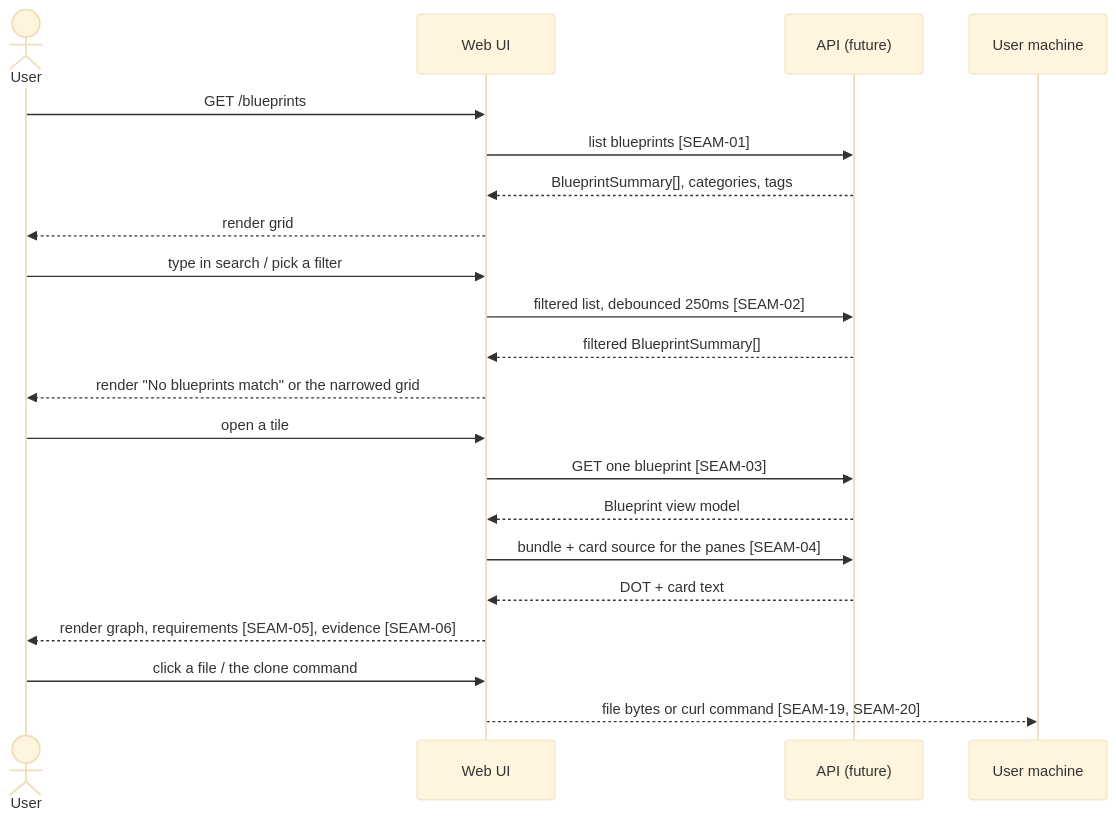
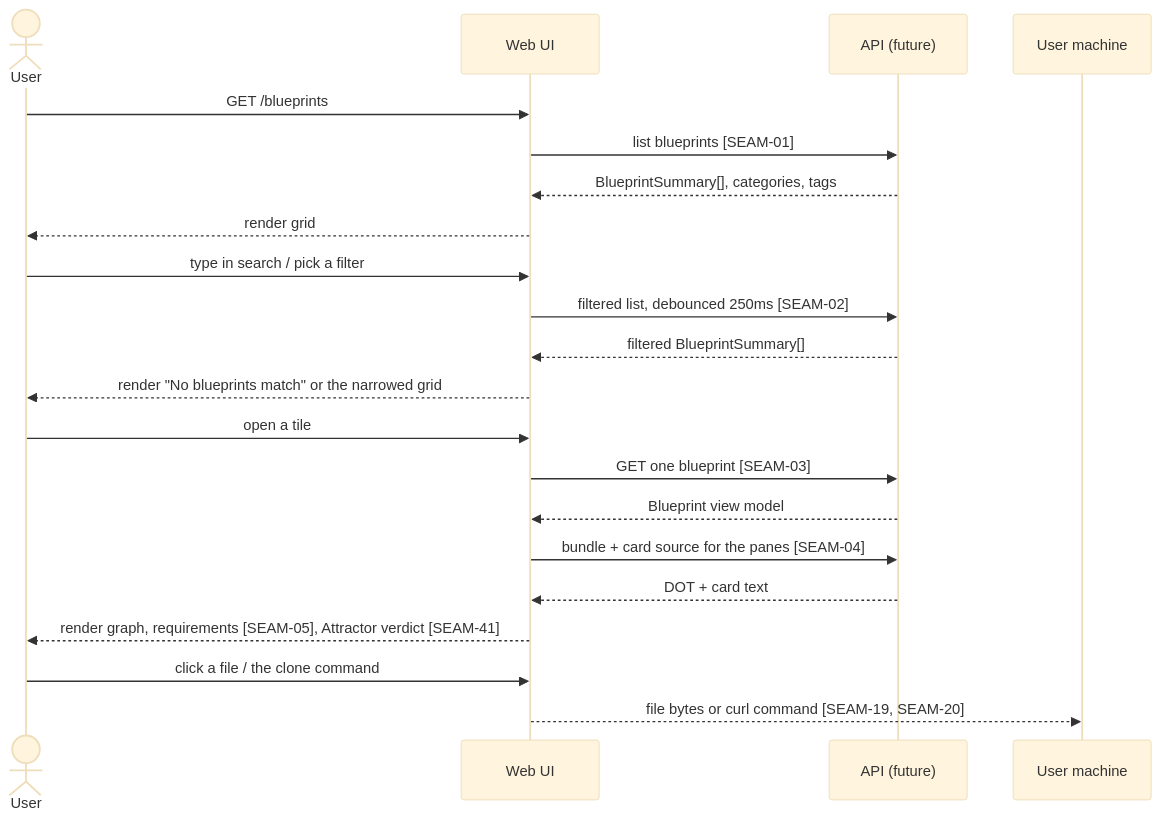
Before and after one commit to darkprint/darkprint: the sixth of 14 diagrams in docs/architecture/journeys.md, drawn with Mermaid (base theme). The commit also changed other lines of this file and 515 other files, not shown here.

````diff
--- a/docs/architecture/journeys.md
+++ b/docs/architecture/journeys.md
@@ -130,24 +150,24 @@
 ```mermaid
 sequenceDiagram
   actor User
   participant WebUI as Web UI
   participant API as API (future)
   participant Machine as User machine
 
   User->>WebUI: GET /blueprints
   WebUI->>API: list blueprints [SEAM-01]
   API-->>WebUI: BlueprintSummary[], categories, tags
   WebUI-->>User: render grid
   User->>WebUI: type in search / pick a filter
   WebUI->>API: filtered list, debounced 250ms [SEAM-02]
   API-->>WebUI: filtered BlueprintSummary[]
   WebUI-->>User: render "No blueprints match" or the narrowed grid
   User->>WebUI: open a tile
   WebUI->>API: GET one blueprint [SEAM-03]
   API-->>WebUI: Blueprint view model
   WebUI->>API: bundle + card source for the panes [SEAM-04]
   API-->>WebUI: DOT + card text
-  WebUI-->>User: render graph, requirements [SEAM-05], evidence [SEAM-06]
+  WebUI-->>User: render graph, requirements [SEAM-05], Attractor verdict [SEAM-41]
   User->>WebUI: click a file / the clone command
   WebUI-->>Machine: file bytes or curl command [SEAM-19, SEAM-20]
 ```
````
